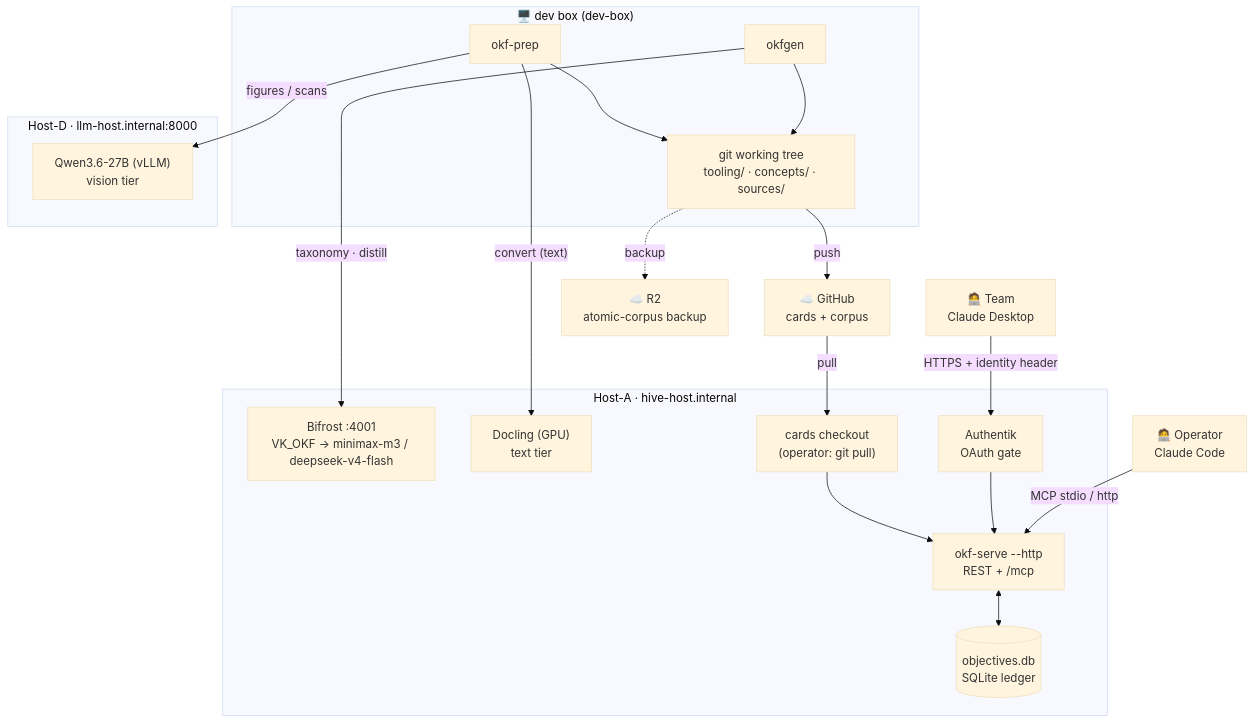
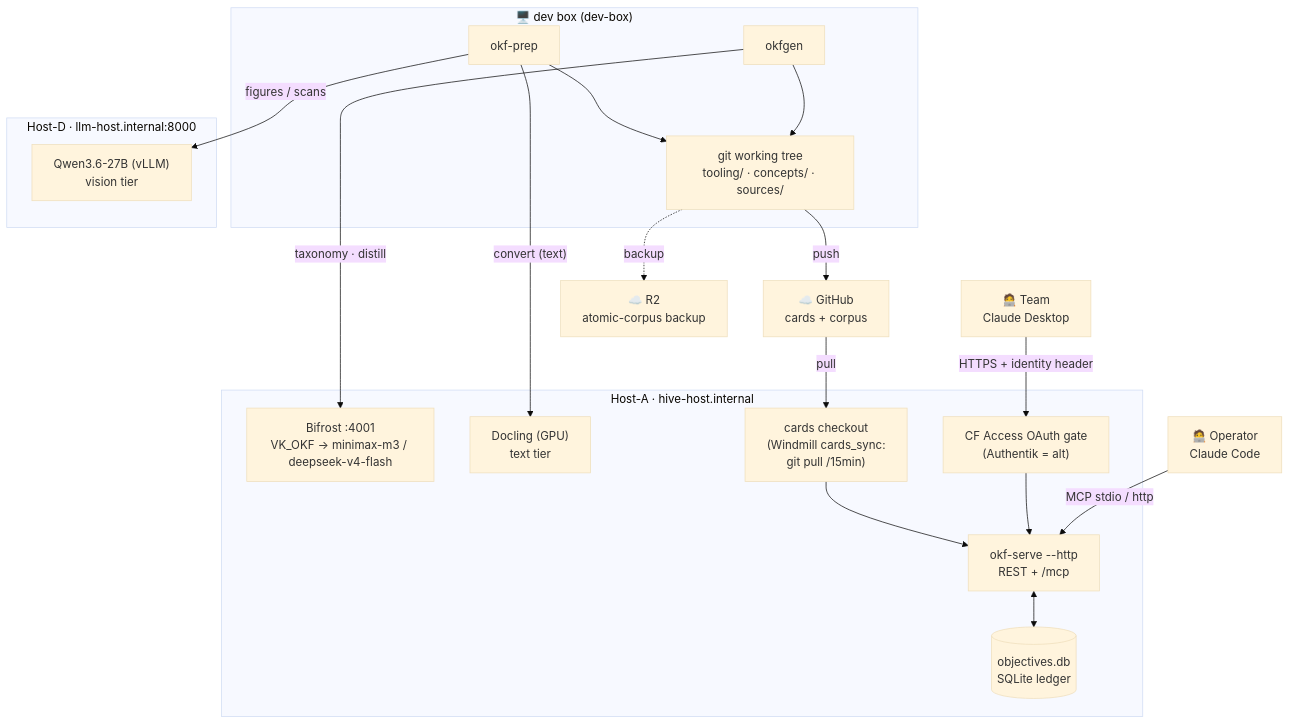
One commit to voyagerforge-dev/hive-intelligence changed the ninth of 9 diagrams in knowledge/okf/docs/OKF-Pipeline.md. Above: the diagram before and after it, drawn with Mermaid (base theme). The commit also changed other lines of this file, not shown here.

````diff
--- a/knowledge/okf/docs/OKF-Pipeline.md
+++ b/knowledge/okf/docs/OKF-Pipeline.md
@@ -646,40 +646,40 @@
 ```mermaid
 flowchart TB
     team["🧑‍💻 Team<br/>Claude Desktop"]
     op["🧑‍💻 Operator<br/>Claude Code"]
 
     subgraph dev["🖥️ dev box (dev-box)"]
         prep["okf-prep"]
         gen["okfgen"]
         repo["git working tree<br/>tooling/ · concepts/ · sources/"]
     end
 
     subgraph host-a["Host-A · hive-host.internal"]
         bifrost["Bifrost :4001<br/>VK_OKF → minimax-m3 / deepseek-v4-flash"]
         docling["Docling (GPU)<br/>text tier"]
-        checkout["cards checkout<br/>(operator: git pull)"]
+        checkout["cards checkout<br/>(Windmill cards_sync:<br/>git pull /15min)"]
         serve["okf-serve --http<br/>REST + /mcp"]
-        authentik["Authentik<br/>OAuth gate"]
+        authentik["CF Access OAuth gate<br/>(Authentik = alt)"]
         sqlite[("objectives.db<br/>SQLite ledger")]
     end
 
     subgraph host-d["Host-D · llm-host.internal:8000"]
         qwen["Qwen3.6-27B (vLLM)<br/>vision tier"]
     end
 
     gh["☁️ GitHub<br/>cards + corpus"]
     r2["☁️ R2<br/>atomic-corpus backup"]
 
     prep -->|"convert (text)"| docling
     prep -->|"figures / scans"| qwen
     gen -->|"taxonomy · distill"| bifrost
     prep --> repo
     gen --> repo
     repo -->|push| gh
     repo -.->|backup| r2
     gh -->|pull| checkout
     checkout --> serve
     serve <--> sqlite
     team -->|"HTTPS + identity header"| authentik --> serve
     op -->|"MCP stdio / http"| serve
 ```
````
